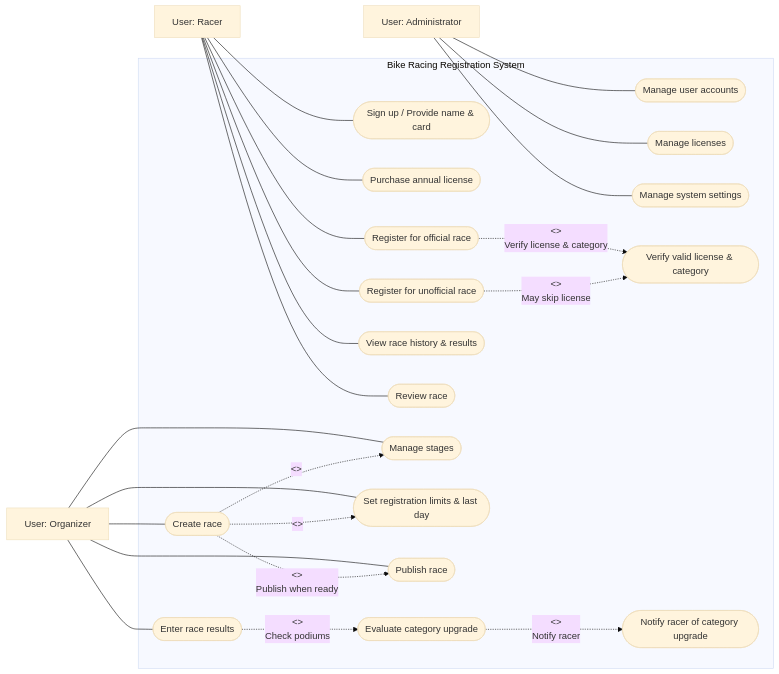
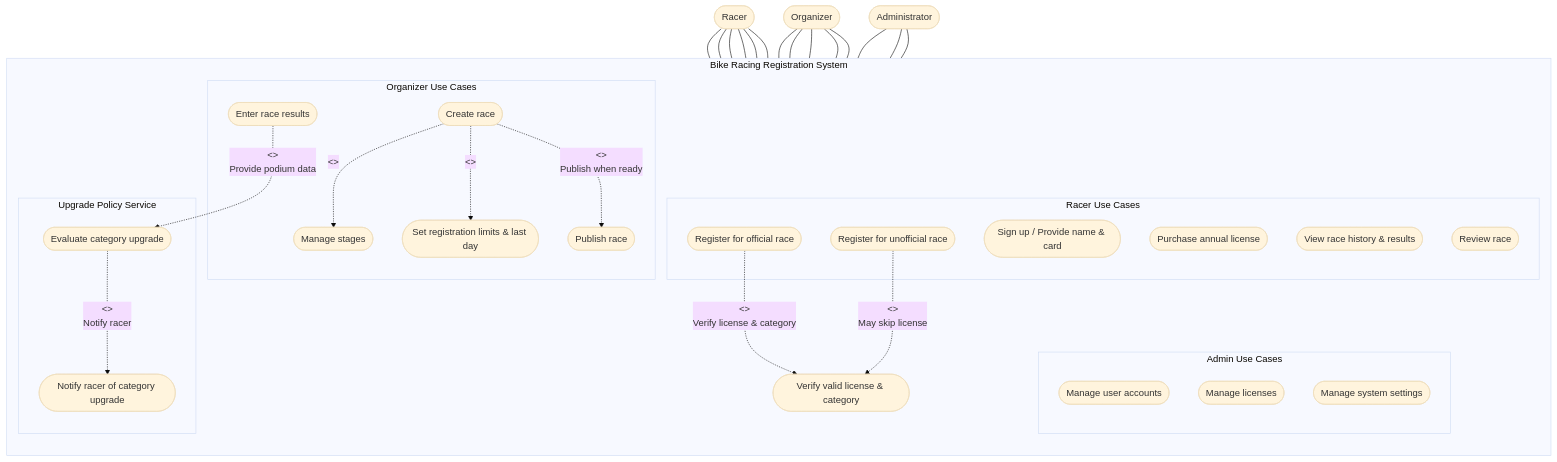
One commit to SLee-842/SER315 changed the second of 2 diagrams in Deliverables/KoelnerDomspatzen_Deliverable1.md. Above: the diagram before and after it, drawn with Mermaid (base theme).

Commit message:
Update Use Case Diagram
| Add Actor |
| Corrected Flow to Align with Class Diagram |

````diff
--- a/Deliverables/KoelnerDomspatzen_Deliverable1.md
+++ b/Deliverables/KoelnerDomspatzen_Deliverable1.md
@@ -306,66 +306,77 @@
 ```mermaid
-flowchart LR
-  %% ===== Actors =====
-  Racer[User: Racer]
-  Organizer[User: Organizer]
-  Admin[User: Administrator]
+flowchart TB
+  %% ===== External Actors =====
+  Racer([Racer])
+  Organizer([Organizer])
+  Admin([Administrator])
 
   %% ===== System Boundary =====
-  subgraph BRS[Bike Racing Registration System]
+  subgraph BRS[ Bike Racing Registration System ]
+    direction TB
+
     %% Racer use cases
-    UC_SignUp([Sign up / Provide name & card])
-    UC_BuyLicense([Purchase annual license])
-    UC_RegisterOfficial([Register for official race])
-    UC_RegisterUnofficial([Register for unofficial race])
-    UC_ViewResults([View race history & results])
-    UC_ReviewRace([Review race])
+    subgraph RUC[Racer Use Cases]
+      UC_SignUp([Sign up / Provide name & card])
+      UC_BuyLicense([Purchase annual license])
+      UC_RegisterOfficial([Register for official race])
+      UC_RegisterUnofficial([Register for unofficial race])
+      UC_ViewResults([View race history & results])
+      UC_ReviewRace([Review race])
+    end
 
     %% Organizer use cases
-    UC_CreateRace([Create race])
-    UC_ManageStages([Manage stages])
-    UC_SetLimits([Set registration limits & last day])
-    UC_PublishRace([Publish race])
-    UC_EnterResults([Enter race results])
+    subgraph OUC[Organizer Use Cases]
+      UC_CreateRace([Create race])
+      UC_ManageStages([Manage stages])
+      UC_SetLimits([Set registration limits & last day])
+      UC_PublishRace([Publish race])
+      UC_EnterResults([Enter race results])
+    end
 
     %% Admin use cases
-    UC_ManageUsers([Manage user accounts])
-    UC_ManageLicenses([Manage licenses])
-    UC_SystemSettings([Manage system settings])
+    subgraph AUC[Admin Use Cases]
+      UC_ManageUsers([Manage user accounts])
+      UC_ManageLicenses([Manage licenses])
+      UC_SystemSettings([Manage system settings])
+    end
 
-    %% System/internal use cases
+    %% Internal service: Upgrade Policy
+    subgraph UPS[Upgrade Policy Service]
+      UC_EvaluateUpgrade([Evaluate category upgrade])
+      UC_NotifyUpgrade([Notify racer of category upgrade])
+    end
+
+    %% System/internal use case
     UC_VerifyLicense([Verify valid license & category])
-    UC_EvaluateUpgrade([Evaluate category upgrade])
-    UC_NotifyUpgrade([Notify racer of category upgrade])
   end
 
-  %% ===== Associations (actors to use cases) =====
+  %% ===== Associations =====
   Racer --- UC_SignUp
   Racer --- UC_BuyLicense
   Racer --- UC_RegisterOfficial
   Racer --- UC_RegisterUnofficial
   Racer --- UC_ViewResults
   Racer --- UC_ReviewRace
 
   Organizer --- UC_CreateRace
   Organizer --- UC_ManageStages
   Organizer --- UC_SetLimits
   Organizer --- UC_PublishRace
   Organizer --- UC_EnterResults
 
   Admin --- UC_ManageUsers
   Admin --- UC_ManageLicenses
   Admin --- UC_SystemSettings
 
-  %% ===== Include / Extend and internal flows =====
-  UC_RegisterOfficial -. "<<include>>\nVerify license & category" .-> UC_VerifyLicense
+  %% ===== Include / Extend flows =====
+  UC_RegisterOfficial -. "<<include>><br/>Verify license & category" .-> UC_VerifyLicense
   UC_CreateRace -. "<<include>>" .-> UC_ManageStages
   UC_CreateRace -. "<<include>>" .-> UC_SetLimits
-  UC_CreateRace -. "<<extend>>\nPublish when ready" .-> UC_PublishRace
+  UC_CreateRace -. "<<extend>><br/>Publish when ready" .-> UC_PublishRace
 
-  %% Results drive upgrades
-  UC_EnterResults -. "<<include>>\nCheck podiums" .-> UC_EvaluateUpgrade
-  UC_EvaluateUpgrade -. "<<include>>\nNotify racer" .-> UC_NotifyUpgrade
+  %% Organizer enters results, Upgrade Policy takes over
+  UC_EnterResults -. "<<include>><br/>Provide podium data" .-> UC_EvaluateUpgrade
+  UC_EvaluateUpgrade -. "<<include>><br/>Notify racer" .-> UC_NotifyUpgrade
 
-  %% Optional: unofficial races don't require licenses
-  UC_RegisterUnofficial -. "<<extend>>\nMay skip license" .-> UC_VerifyLicense
+  UC_RegisterUnofficial -. "<<extend>><br/>May skip license" .-> UC_VerifyLicense
 ```
````
